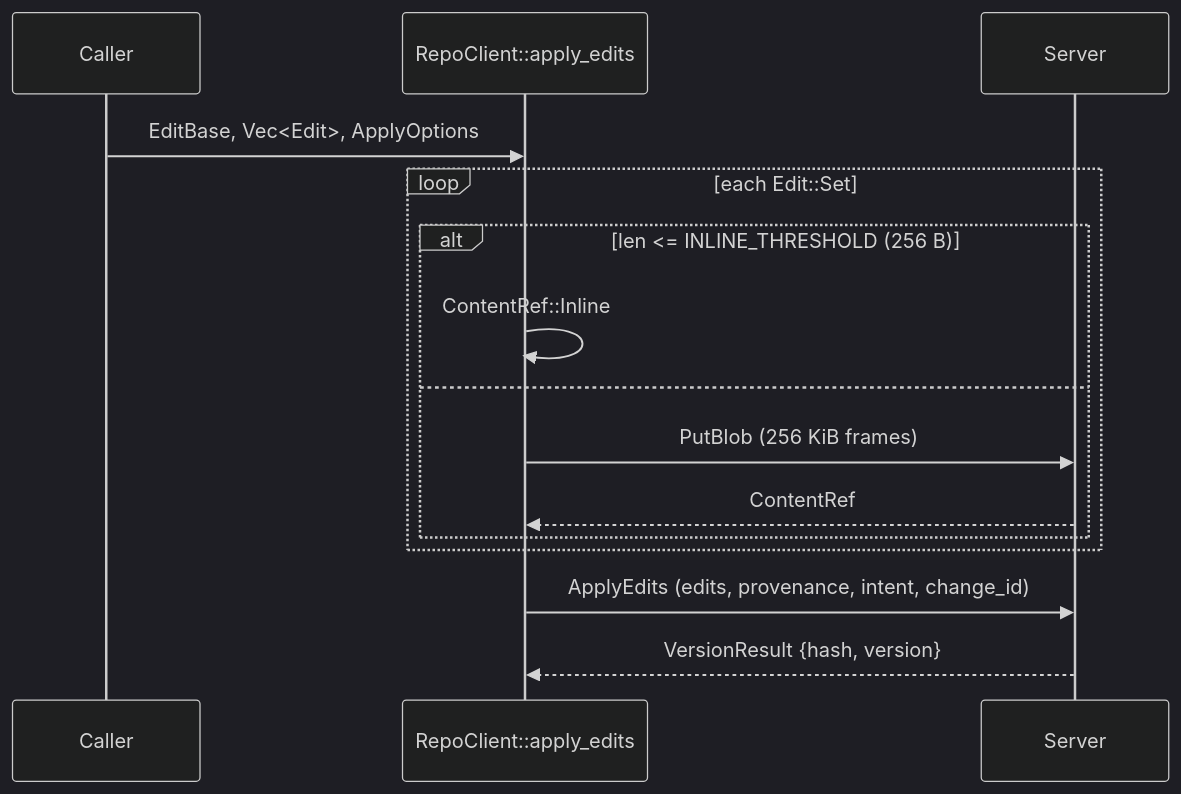
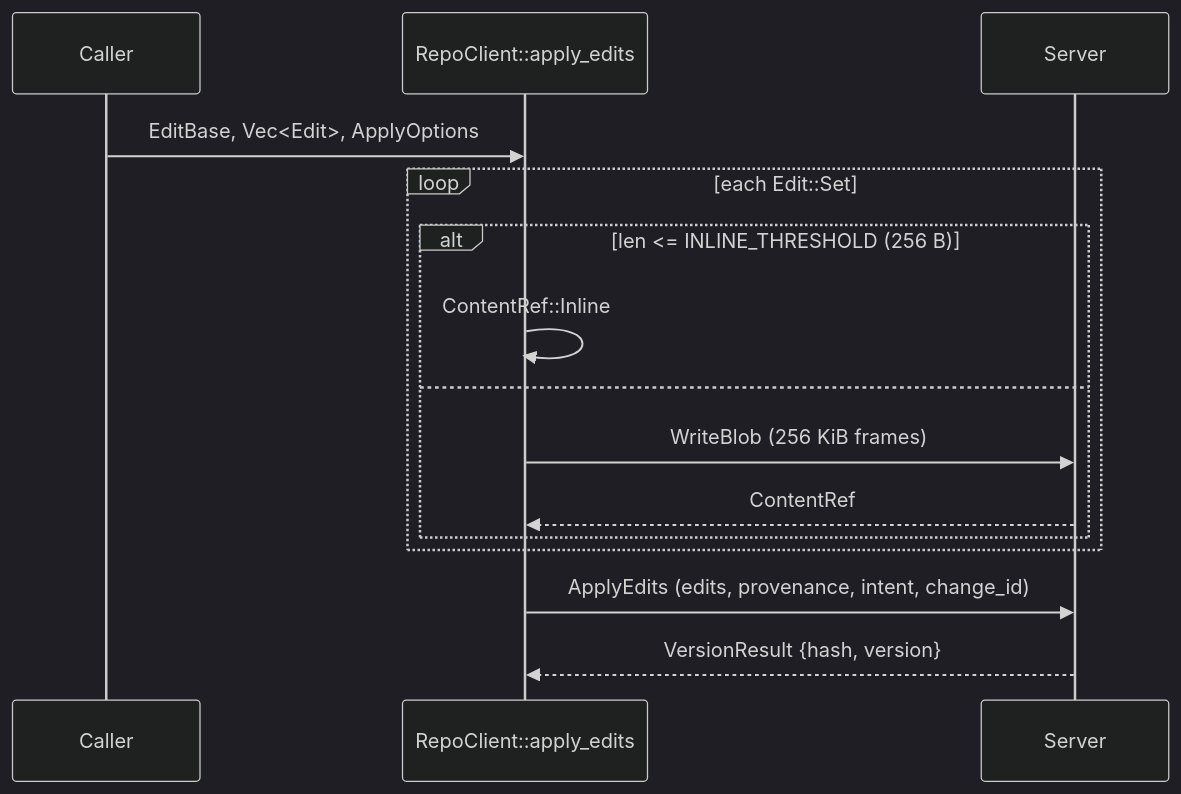
The second of 2 diagrams in architecture/08-clients/sdk.md (envoy1084/rill), drawn with Mermaid (dark theme) before and after one commit. The commit also changed other lines of this file and 329 other files, not shown here.

````diff
--- a/architecture/08-clients/sdk.md
+++ b/architecture/08-clients/sdk.md
@@ -114,17 +114,17 @@
 ```mermaid
 sequenceDiagram
     participant A as Caller
     participant R as RepoClient::apply_edits
     participant S as Server
     A->>R: EditBase, Vec<Edit>, ApplyOptions
     loop each Edit::Set
         alt len <= INLINE_THRESHOLD (256 B)
             R->>R: ContentRef::Inline
         else
-            R->>S: PutBlob (256 KiB frames)
+            R->>S: WriteBlob (256 KiB frames)
             S-->>R: ContentRef
         end
     end
     R->>S: ApplyEdits (edits, provenance, intent, change_id)
     S-->>R: VersionResult {hash, version}
 ```
````
